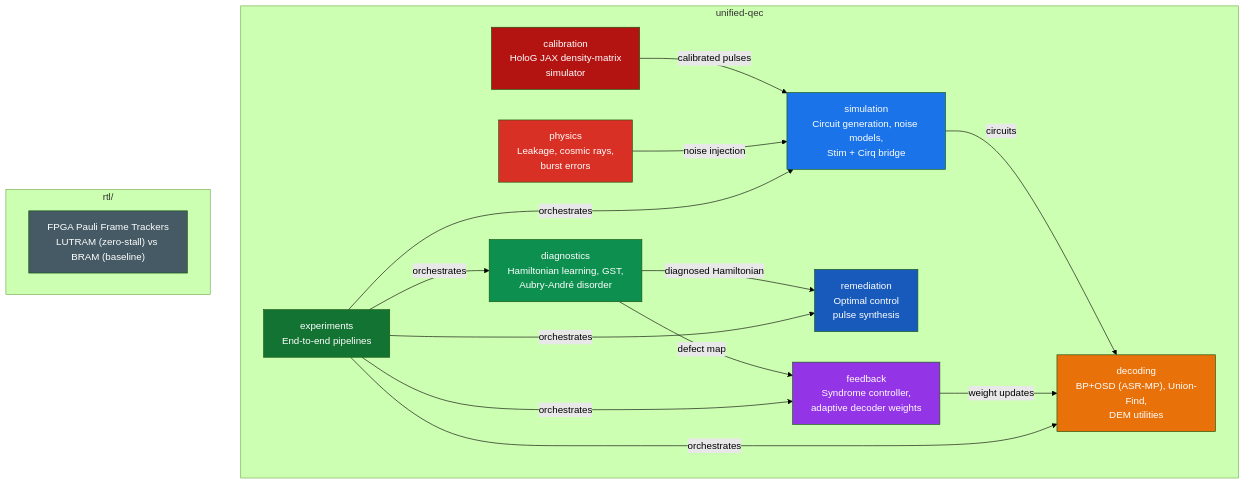
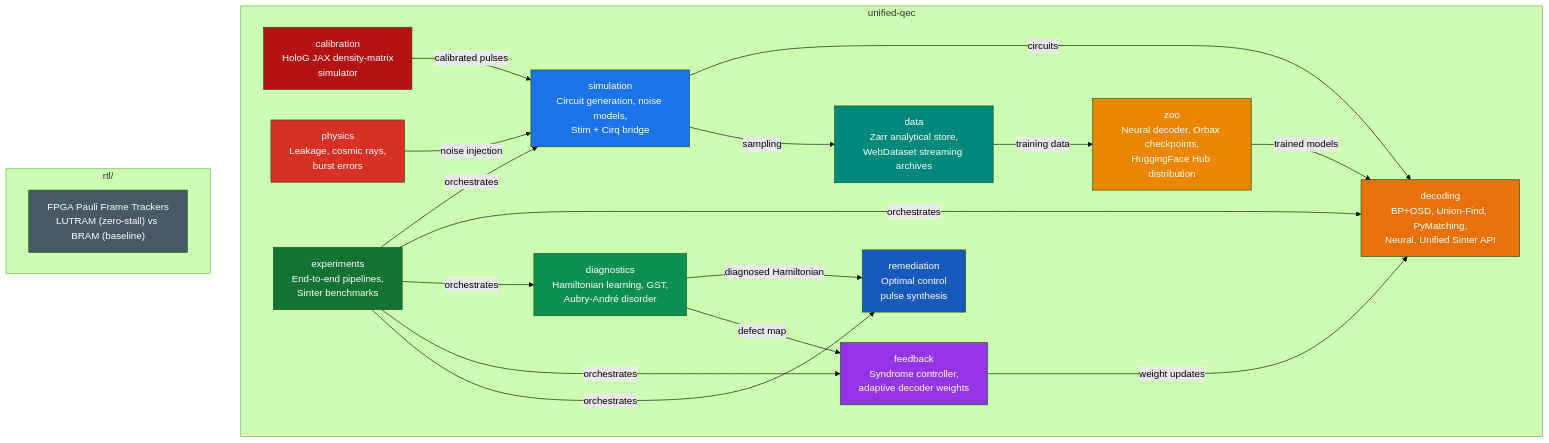
The diagram in README.md (justinarndt/unified-qec), drawn with Mermaid (forest theme) before and after one commit. The commit also changed other lines of this file, not shown here.

Commit message:
docs: add Section 7 components to README (zoo, data, sinter API, architecture diagram)

````diff
--- a/README.md
+++ b/README.md
@@ -23,35 +23,42 @@
 ```mermaid
 graph TD
     subgraph "unified-qec"
         SIM["simulation<br/>Circuit generation, noise models,<br/>Stim + Cirq bridge"]
-        DEC["decoding<br/>BP+OSD (ASR-MP), Union-Find,<br/>DEM utilities"]
+        DEC["decoding<br/>BP+OSD, Union-Find, PyMatching,<br/>Neural, Unified Sinter API"]
         DIAG["diagnostics<br/>Hamiltonian learning, GST,<br/>Aubry-André disorder"]
         FB["feedback<br/>Syndrome controller,<br/>adaptive decoder weights"]
         PHYS["physics<br/>Leakage, cosmic rays,<br/>burst errors"]
         REM["remediation<br/>Optimal control<br/>pulse synthesis"]
         CAL["calibration<br/>HoloG JAX density-matrix<br/>simulator"]
-        EXP["experiments<br/>End-to-end pipelines"]
+        ZOO["zoo<br/>Neural decoder, Orbax checkpoints,<br/>HuggingFace Hub distribution"]
+        DATA["data<br/>Zarr analytical store,<br/>WebDataset streaming archives"]
+        EXP["experiments<br/>End-to-end pipelines,<br/>Sinter benchmarks"]
     end
 
     subgraph "rtl/"
         RTL["FPGA Pauli Frame Trackers<br/>LUTRAM (zero-stall) vs BRAM (baseline)"]
     end
 
     DIAG -->|diagnosed Hamiltonian| REM
     DIAG -->|defect map| FB
     SIM -->|circuits| DEC
+    SIM -->|sampling| DATA
     FB -->|weight updates| DEC
     CAL -->|calibrated pulses| SIM
     PHYS -->|noise injection| SIM
+    ZOO -->|trained models| DEC
+    DATA -->|training data| ZOO
     EXP -->|orchestrates| SIM & DEC & DIAG & FB & REM
 
     style SIM fill:#1a73e8,color:#fff
     style DEC fill:#e8710a,color:#fff
     style DIAG fill:#0d904f,color:#fff
     style FB fill:#9334e6,color:#fff
     style PHYS fill:#d93025,color:#fff
     style REM fill:#185abc,color:#fff
     style CAL fill:#b31412,color:#fff
+    style ZOO fill:#ea8600,color:#fff
+    style DATA fill:#00897b,color:#fff
     style EXP fill:#137333,color:#fff
     style RTL fill:#455a64,color:#fff
 ```
````
